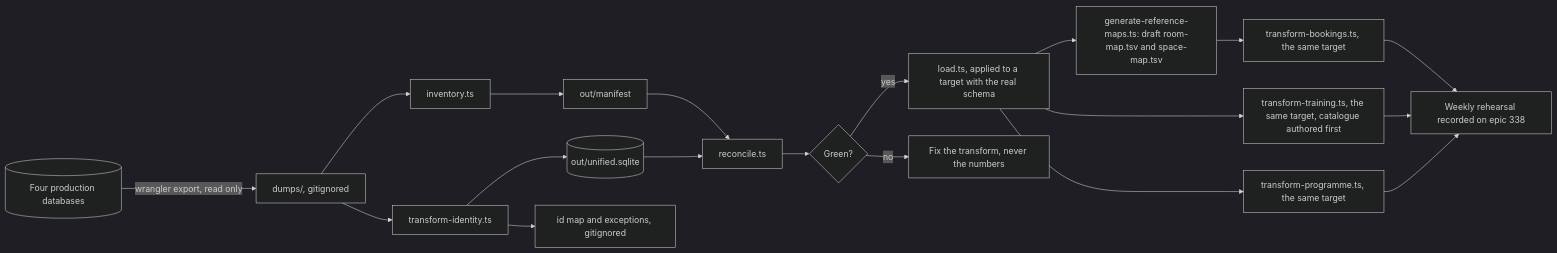
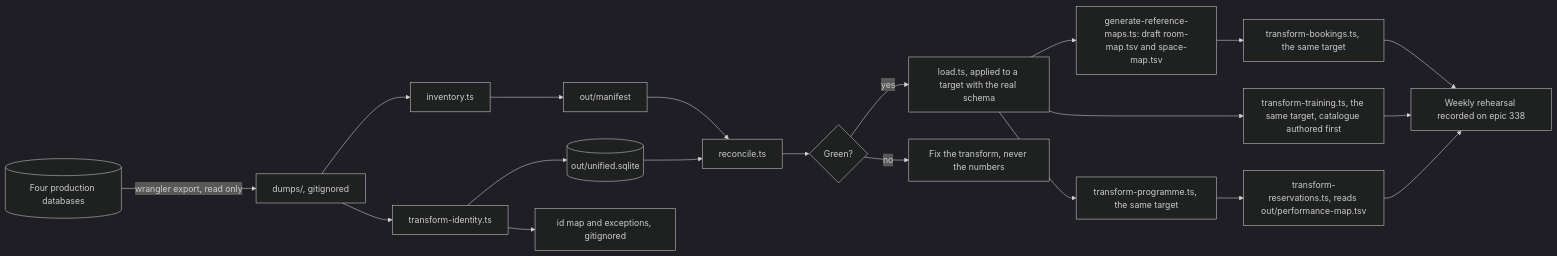
Before and after one commit to newtheatre/proscenium: the diagram in migration/README.md, drawn with Mermaid (dark theme). The commit also changed other lines of this file and 5 other files, not shown here.

````diff
--- a/migration/README.md
+++ b/migration/README.md
@@ -14,20 +14,21 @@
 ```mermaid
 flowchart LR
   P[(Four production databases)] -- wrangler export, read only --> D[dumps/, gitignored]
   D --> I[inventory.ts] --> M[out/manifest]
   D --> T[transform-identity.ts]
   T --> U[(out/unified.sqlite)]
   T --> X[id map and exceptions, gitignored]
   M --> R[reconcile.ts]
   U --> R
   R --> G{Green?}
   G -- yes --> L[load.ts, applied to a target with the real schema]
   L --> GRM[generate-reference-maps.ts: draft room-map.tsv and space-map.tsv]
   GRM --> B[transform-bookings.ts, the same target]
   L --> TR[transform-training.ts, the same target, catalogue authored first]
   L --> N[transform-programme.ts, the same target]
+  N --> S[transform-reservations.ts, reads out/performance-map.tsv]
   B --> W[Weekly rehearsal recorded on epic 338]
   TR --> W
-  N --> W
+  S --> W
   G -- no --> F[Fix the transform, never the numbers]
 ```
````
